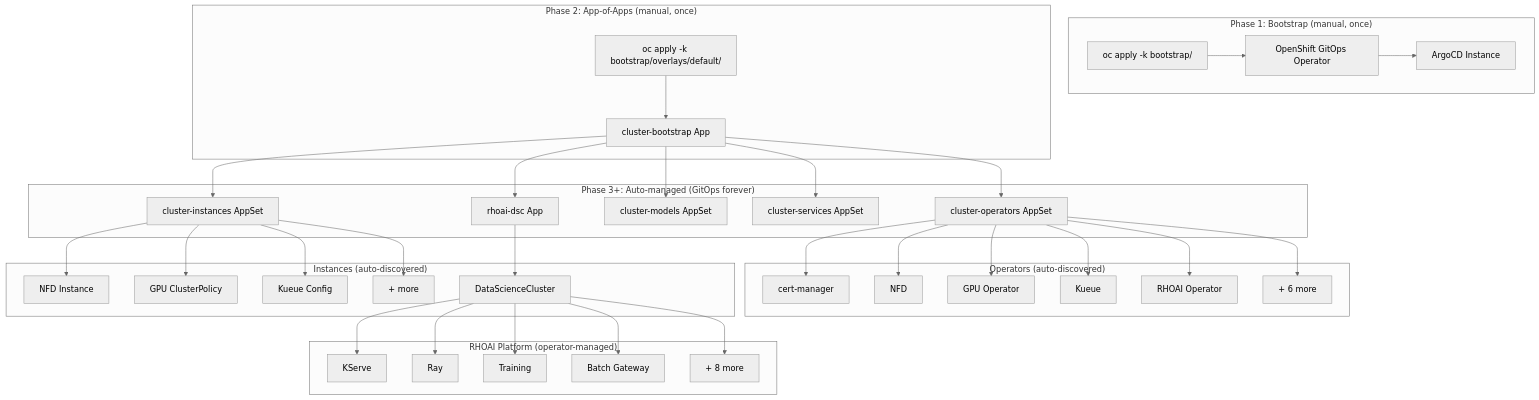
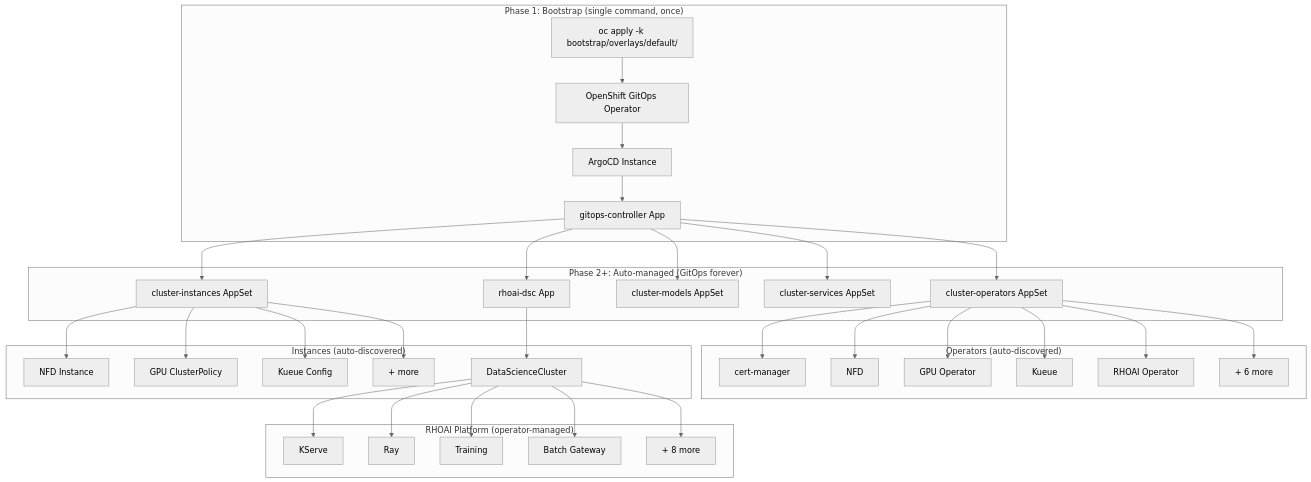
Before and after one commit to rrbanda/rhoai-deploy-gitops: the first of 2 diagrams in docs/architecture.md, drawn with Mermaid (neutral theme). The commit also changed 18 other files, not shown here.

````diff
--- a/docs/architecture.md
+++ b/docs/architecture.md
@@ -84,44 +84,41 @@
 ```mermaid
 graph TD
-  subgraph bootstrap ["Phase 1: Bootstrap (manual, once)"]
-    Human["oc apply -k bootstrap/"] --> GitOpsOp["OpenShift GitOps Operator"]
+  subgraph bootstrap ["Phase 1: Bootstrap (single command, once)"]
+    Human["oc apply -k bootstrap/overlays/default/"] --> GitOpsOp["OpenShift GitOps Operator"]
     GitOpsOp --> ArgoCD["ArgoCD Instance"]
+    ArgoCD --> BootstrapApp["gitops-controller App"]
   end
 
-  subgraph appOfApps ["Phase 2: App-of-Apps (manual, once)"]
-    Human2["oc apply -k bootstrap/overlays/default/"] --> BootstrapApp["cluster-bootstrap App"]
-  end
-
-  subgraph autoManaged ["Phase 3+: Auto-managed (GitOps forever)"]
+  subgraph autoManaged ["Phase 2+: Auto-managed (GitOps forever)"]
     BootstrapApp --> OperatorsAS["cluster-operators AppSet"]
     BootstrapApp --> InstancesAS["cluster-instances AppSet"]
     BootstrapApp --> ModelsAS["cluster-models AppSet"]
     BootstrapApp --> ServicesAS["cluster-services AppSet"]
     BootstrapApp --> DSCApp["rhoai-dsc App"]
   end
 
   subgraph operators ["Operators (auto-discovered)"]
     OperatorsAS --> CertMgr["cert-manager"]
     OperatorsAS --> NFDOp["NFD"]
     OperatorsAS --> GPUOp["GPU Operator"]
     OperatorsAS --> KueueOp["Kueue"]
     OperatorsAS --> RHOAIOp["RHOAI Operator"]
     OperatorsAS --> MoreOps["+ 6 more"]
   end
 
   subgraph instances ["Instances (auto-discovered)"]
     InstancesAS --> NFDInst["NFD Instance"]
     InstancesAS --> GPUInst["GPU ClusterPolicy"]
     InstancesAS --> KueueInst["Kueue Config"]
     InstancesAS --> MoreInst["+ more"]
     DSCApp --> DSC["DataScienceCluster"]
   end
 
   subgraph platform ["RHOAI Platform (operator-managed)"]
     DSC --> KServe["KServe"]
     DSC --> Ray["Ray"]
     DSC --> Training["Training"]
     DSC --> BatchGW["Batch Gateway"]
     DSC --> MoreComp["+ 8 more"]
   end
 ```
````
